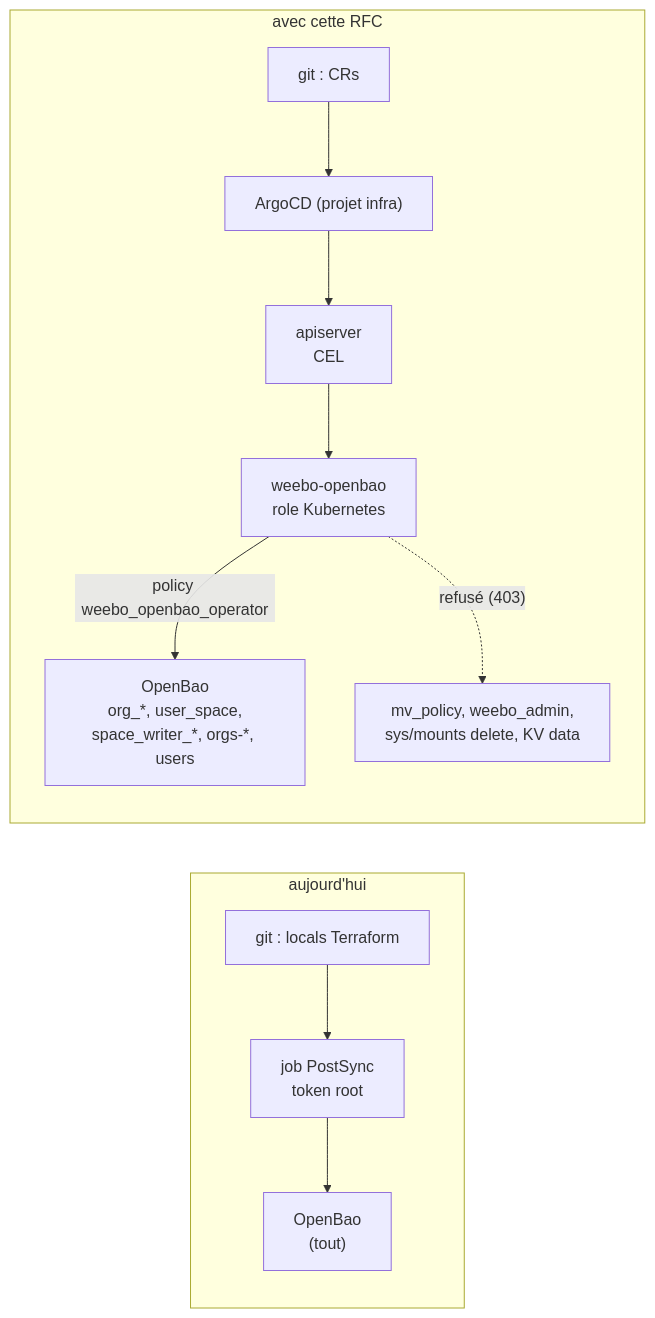
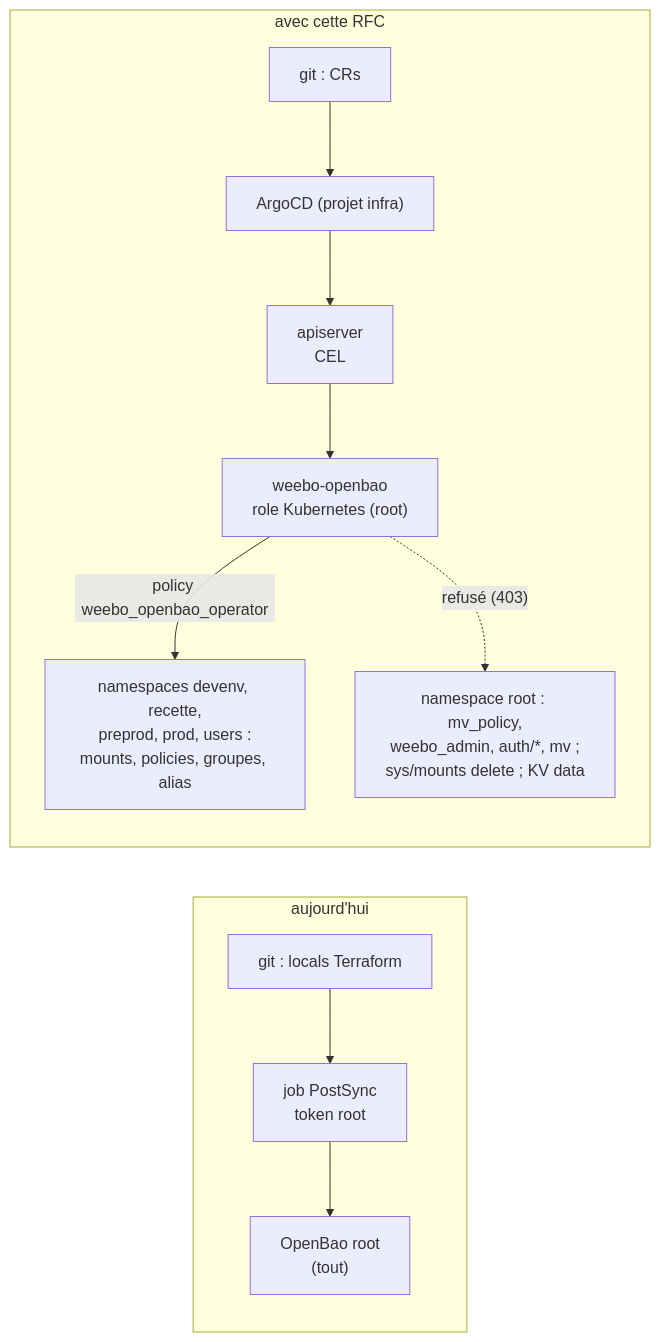
The first of 5 diagrams in docs/rfc-0007-espaces-openbao-declaratifs.md (weebo-si-operator/weebo-operator-kit), drawn with Mermaid before and after one commit. The commit also changed other lines of this file, not shown here.

First line of the commit message:
docs(rfc-0007): namespaces per env, human and machine access models

````diff
--- a/docs/rfc-0007-espaces-openbao-declaratifs.md
+++ b/docs/rfc-0007-espaces-openbao-declaratifs.md
@@ -67,12 +97,12 @@
 ```mermaid
 flowchart LR
     subgraph T["aujourd'hui"]
-        G1["git : locals Terraform"] --> J["job PostSync<br/>token root"] --> V1["OpenBao<br/>(tout)"]
+        G1["git : locals Terraform"] --> J["job PostSync<br/>token root"] --> V1["OpenBao root<br/>(tout)"]
     end
     subgraph W["avec cette RFC"]
         G2["git : CRs"] --> A["ArgoCD (projet infra)"] --> K["apiserver<br/>CEL"]
-        K --> O["weebo-openbao<br/>role Kubernetes"]
-        O -- "policy weebo_openbao_operator" --> V2["OpenBao<br/>org_*, user_space,<br/>space_writer_*, orgs-*, users"]
-        O -. "refusé (403)" .-> X["mv_policy, weebo_admin,<br/>sys/mounts delete, KV data"]
+        K --> O["weebo-openbao<br/>role Kubernetes (root)"]
+        O -- "policy weebo_openbao_operator" --> V2["namespaces devenv, recette,<br/>preprod, prod, users :<br/>mounts, policies, groupes, alias"]
+        O -. "refusé (403)" .-> X["namespace root : mv_policy,<br/>weebo_admin, auth/*, mv ;<br/>sys/mounts delete ; KV data"]
     end
 ```
````
